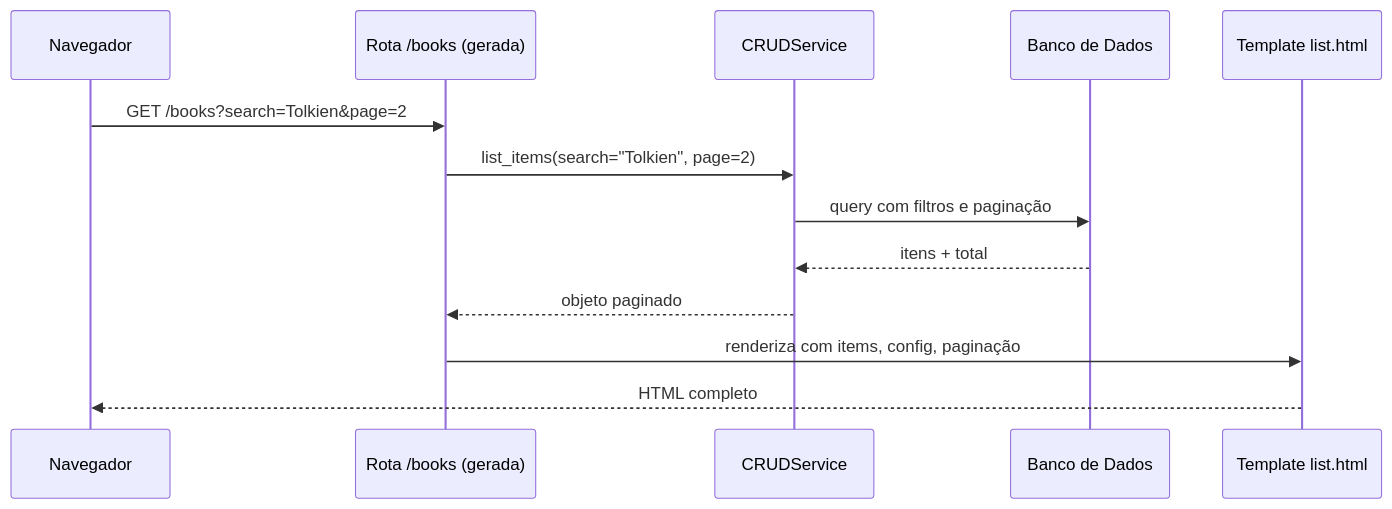
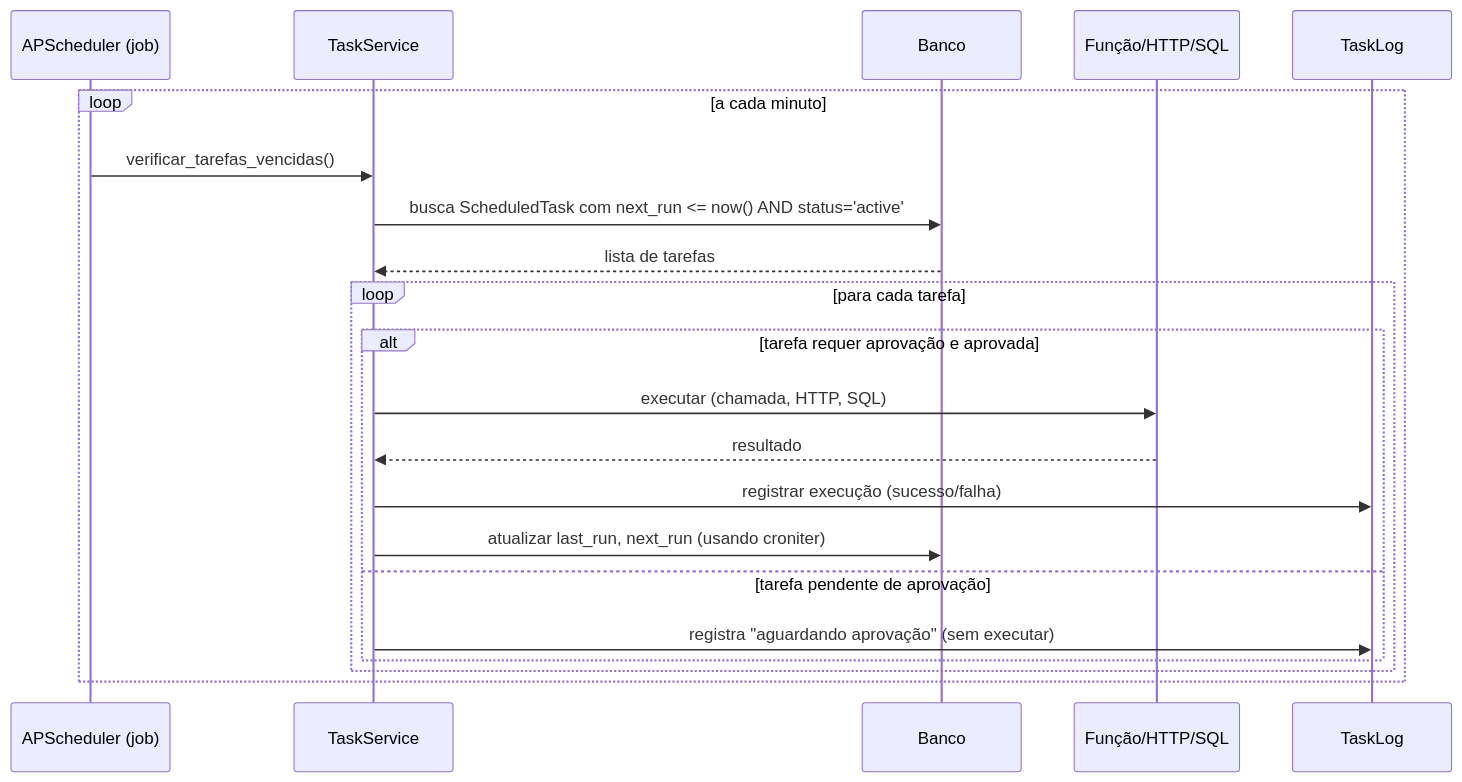
The third of 3 diagrams in BACKLOG.md (ChristopherNicolasSMM/PyTeca), drawn with Mermaid before and after one commit. The commit also changed other lines of this file and 23 other files, not shown here.

````diff
--- a/BACKLOG.md
+++ b/BACKLOG.md
@@ -216,16 +303,24 @@
 ```mermaid
 sequenceDiagram
-    participant User as Navegador
-    participant Route as Rota /books (gerada)
-    participant Service as CRUDService
-    participant DB as Banco de Dados
-    participant Template as Template list.html
+    participant Scheduler as APScheduler (job)
+    participant Service as TaskService
+    participant DB as Banco
+    participant Task as Função/HTTP/SQL
+    participant Log as TaskLog
 
-    User->>Route: GET /books?search=Tolkien&page=2
-    Route->>Service: list_items(search="Tolkien", page=2)
-    Service->>DB: query com filtros e paginação
-    DB-->>Service: itens + total
-    Service-->>Route: objeto paginado
-    Route->>Template: renderiza com items, config, paginação
-    Template-->>User: HTML completo
+    loop a cada minuto
+        Scheduler->>Service: verificar_tarefas_vencidas()
+        Service->>DB: busca ScheduledTask com next_run <= now() AND status='active'
+        DB-->>Service: lista de tarefas
+        loop para cada tarefa
+            alt tarefa requer aprovação e aprovada
+                Service->>Task: executar (chamada, HTTP, SQL)
+                Task-->>Service: resultado
+                Service->>Log: registrar execução (sucesso/falha)
+                Service->>DB: atualizar last_run, next_run (usando croniter)
+            else tarefa pendente de aprovação
+                Service->>Log: registra "aguardando aprovação" (sem executar)
+            end
+        end
+    end
 ```
````
